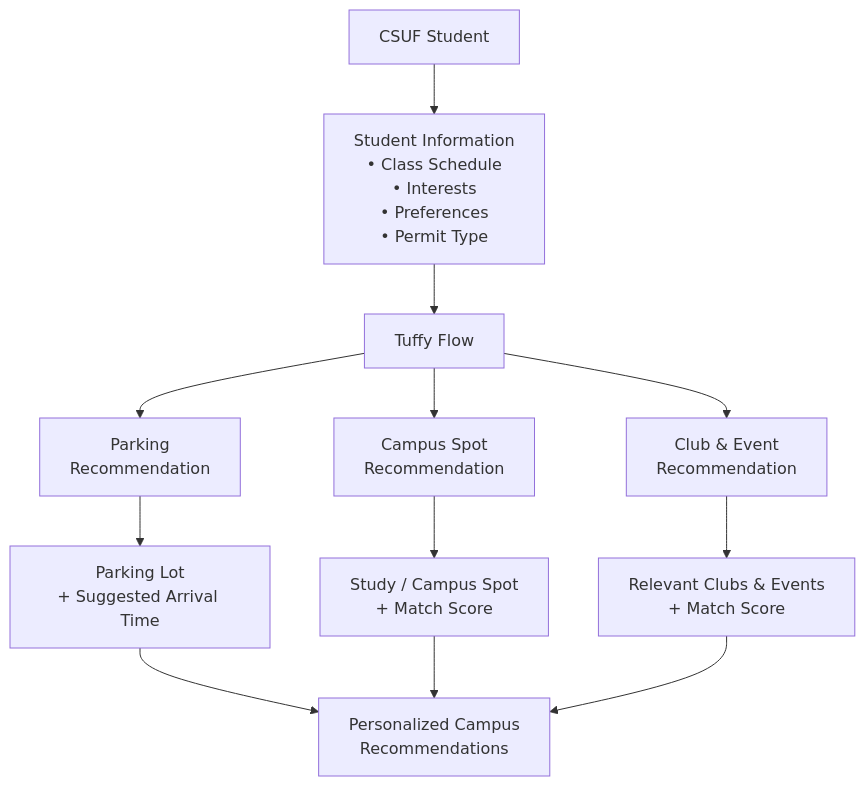
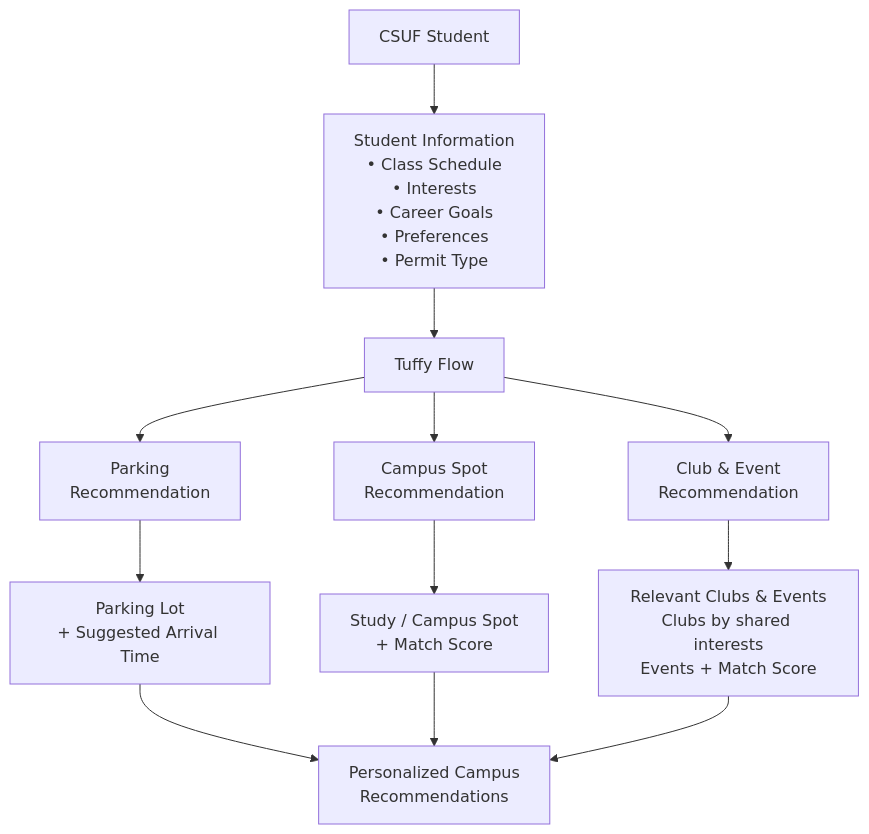
Before and after one commit to SufiyanRauf/CPSC362_TuffyFlow: the diagram in docs/architecture.mmd, drawn with Mermaid. The commit also changed 23 other files, not shown here.

```diff
--- a/docs/architecture.mmd
+++ b/docs/architecture.mmd
@@ -1,32 +1,32 @@
 flowchart TD
 
     A["CSUF Student"]
 
-    B["Student Information<br/>• Class Schedule<br/>• Interests<br/>• Preferences<br/>• Permit Type"]
+    B["Student Information<br/>• Class Schedule<br/>• Interests<br/>• Career Goals<br/>• Preferences<br/>• Permit Type"]
 
     C["Tuffy Flow"]
 
     D["Parking<br/>Recommendation"]
     E["Campus Spot<br/>Recommendation"]
     F["Club & Event<br/>Recommendation"]
 
     G[" Parking Lot<br/>+ Suggested Arrival Time"]
     H[" Study / Campus Spot<br/>+ Match Score"]
-    I["Relevant Clubs & Events<br/>+ Match Score"]
+    I["Relevant Clubs & Events<br/>Clubs by shared interests<br/>Events + Match Score"]
 
     J["Personalized Campus<br/>Recommendations"]
 
     A --> B
     B --> C
 
     C --> D
     C --> E
     C --> F
 
     D --> G
     E --> H
     F --> I
 
     G --> J
     H --> J
     I --> J
```
